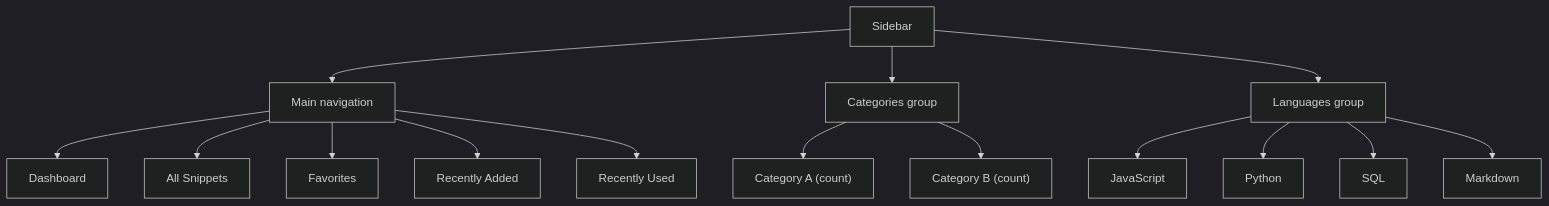
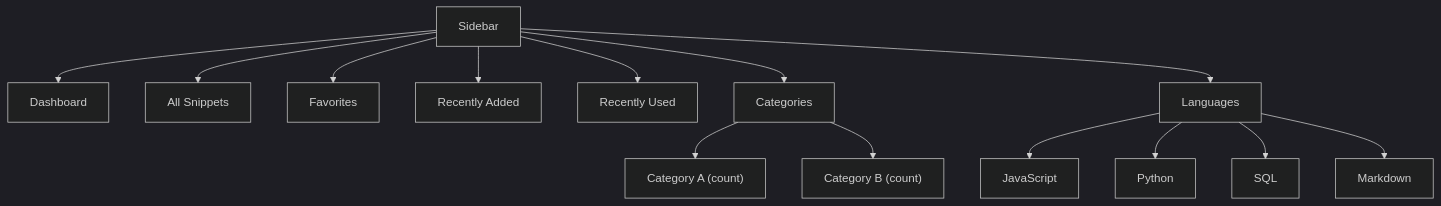
Before and after one commit to Mohita111/API2: the fourth of 4 diagrams in dromeas/docs/api2-documentation/plan_2026-10-29_a4fa76/user-facing-docs/snippet-organization.md, drawn with Mermaid (dark theme). The commit also changed other lines of this file and 11 other files, not shown here.

````diff
--- a/dromeas/docs/api2-documentation/plan_2026-10-29_a4fa76/user-facing-docs/snippet-organization.md
+++ b/dromeas/docs/api2-documentation/plan_2026-10-29_a4fa76/user-facing-docs/snippet-organization.md
@@ -168,17 +168,16 @@
 ```mermaid
 graph TD
-    A[Sidebar] --> B[Main navigation]
-    A --> C[Categories group]
-    A --> D[Languages group]
-    B --> B1[Dashboard]
-    B --> B2[All Snippets]
-    B --> B3[Favorites]
-    B --> B4[Recently Added]
-    B --> B5[Recently Used]
-    C --> C1["Category A (count)"]
-    C --> C2["Category B (count)"]
-    D --> D1[JavaScript]
-    D --> D2[Python]
-    D --> D3[SQL]
-    D --> D4[Markdown]
+    A[Sidebar] --> B[Dashboard]
+    A --> C[All Snippets]
+    A --> D[Favorites]
+    A --> E[Recently Added]
+    A --> F[Recently Used]
+    A --> G[Categories]
+    A --> H[Languages]
+    G --> G1["Category A (count)"]
+    G --> G2["Category B (count)"]
+    H --> H1[JavaScript]
+    H --> H2[Python]
+    H --> H3[SQL]
+    H --> H4[Markdown]
 ```
````
